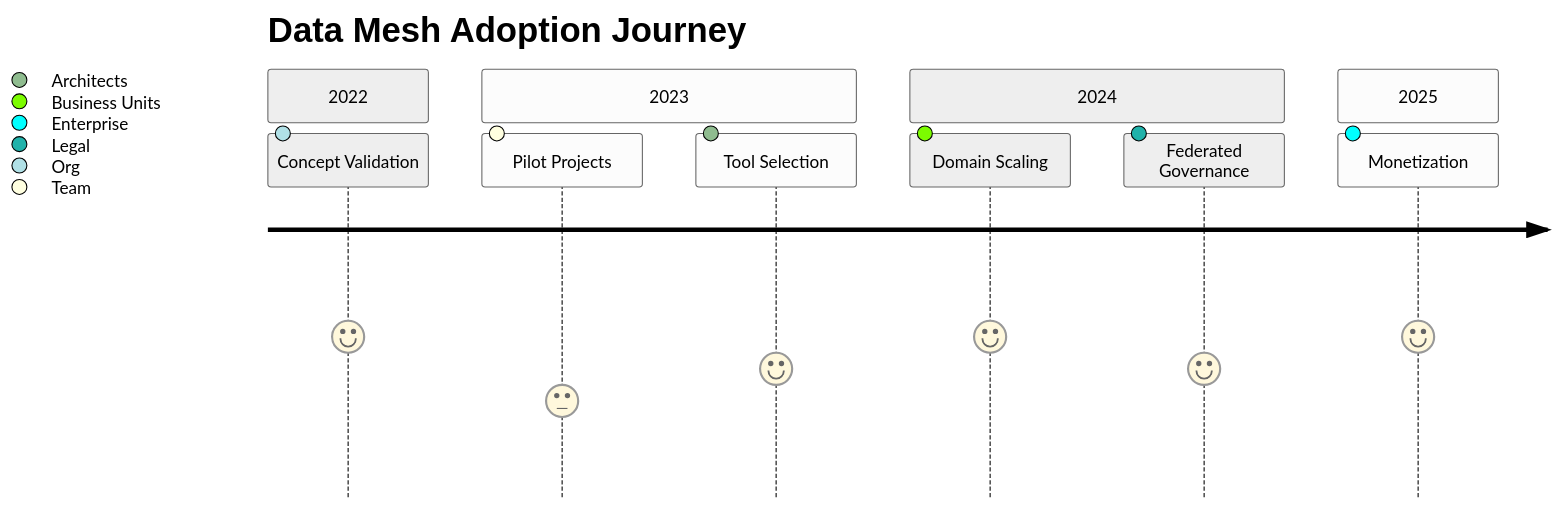
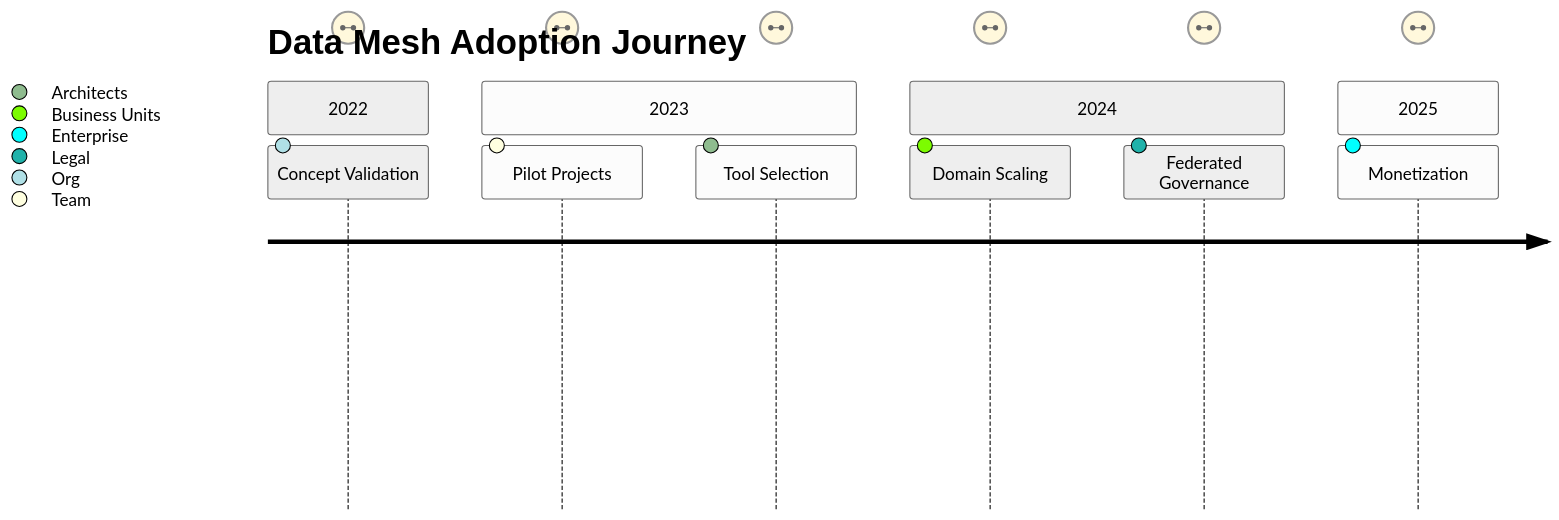
Before and after one commit to mattummal/manuals: the second of 3 diagrams in pages/dataengineering/opensource-de.mdx, drawn with Mermaid (neutral theme). The commit also changed other lines of this file, not shown here.

````diff
--- a/pages/dataengineering/opensource-de.mdx
+++ b/pages/dataengineering/opensource-de.mdx
@@ -76,14 +76,14 @@
 ```mermaid
 journey
   title Data Mesh Adoption Journey
   section 2022
-    Concept Validation: 5: Org
+    Concept Validation: "5": Org
   section 2023
-    Pilot Projects: 3: Team
-    Tool Selection: 4: Architects
+    Pilot Projects: "3": Team
+    Tool Selection: "4": Architects
   section 2024
-    Domain Scaling: 5: Business Units
-    Federated Governance: 4: Legal
+    Domain Scaling: "5": Business Units
+    Federated Governance: "4": Legal
   section 2025
-    Monetization: 5: Enterprise
+    Monetization: "5": Enterprise
 ```
````
